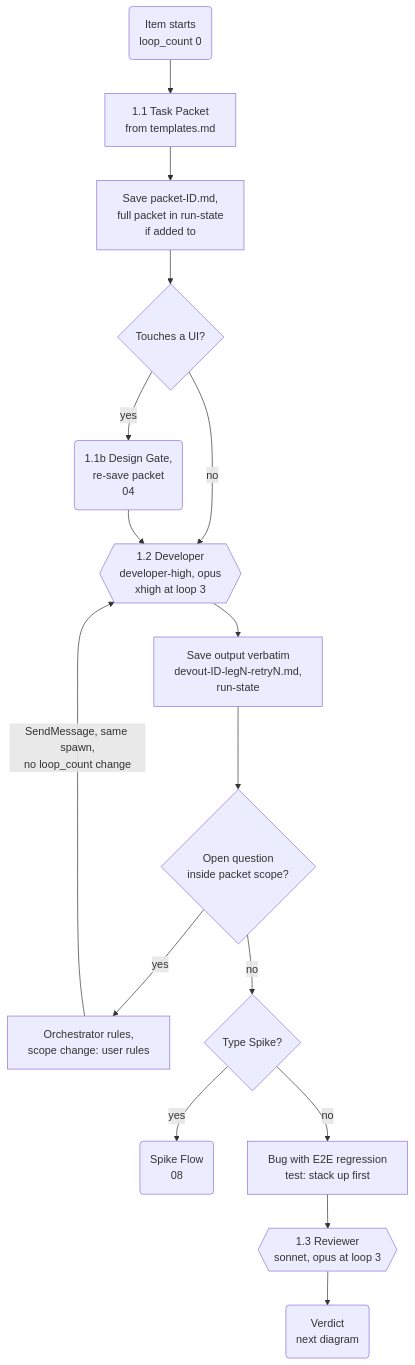
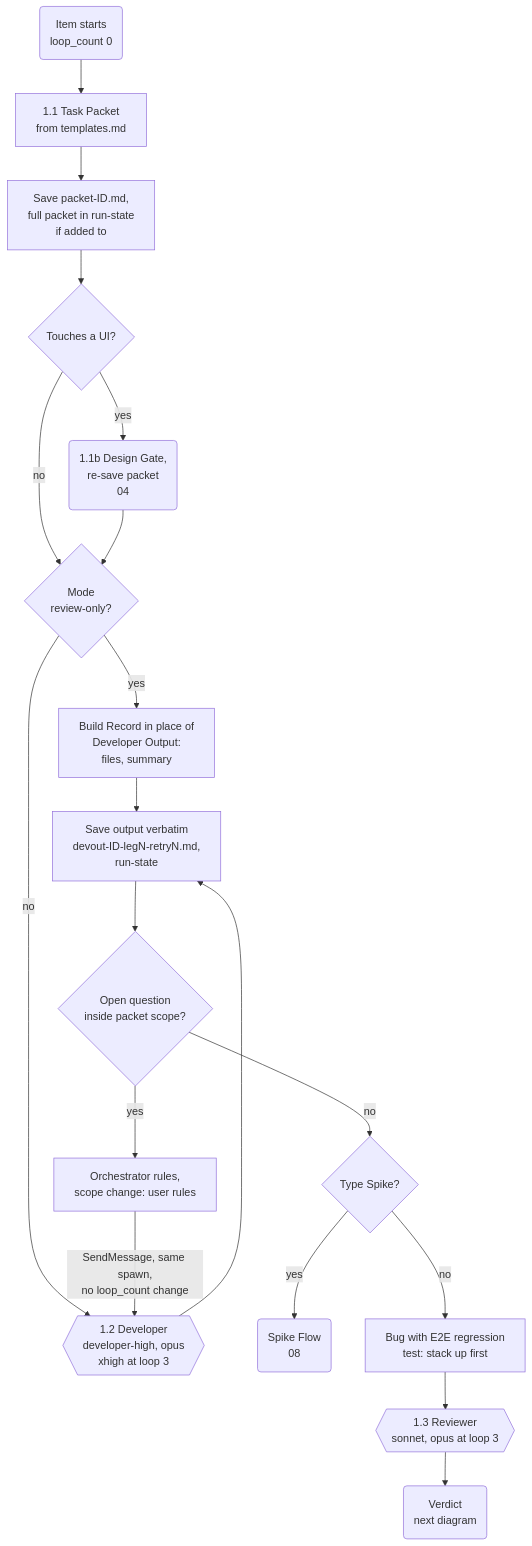
One commit to muhammedalikhan86/claude-stash changed the second of 4 diagrams in skills/plugin-orchestrator-development-pattern/mermaid/03-phase1-work-item-loop.md. Above: the diagram before and after it, drawn with Mermaid. The commit also changed other lines of this file and 32 other files, not shown here.

````diff
--- a/skills/plugin-orchestrator-development-pattern/mermaid/03-phase1-work-item-loop.md
+++ b/skills/plugin-orchestrator-development-pattern/mermaid/03-phase1-work-item-loop.md
@@ -25,18 +25,21 @@
 ```mermaid
 flowchart TD
     S0("Item starts<br/>loop_count 0") --> TP["1.1 Task Packet<br/>from templates.md"]
     TP --> SaveP["Save packet-ID.md,<br/>full packet in run-state<br/>if added to"]
     SaveP --> UIq{"Touches a UI?"}
     UIq -->|"yes"| DG("1.1b Design Gate,<br/>re-save packet<br/>04")
-    UIq -->|"no"| Dev
-    DG --> Dev{{"1.2 Developer<br/>developer-high, opus<br/>xhigh at loop 3"}}
+    UIq -->|"no"| RO
+    DG --> RO{"Mode<br/>review-only?"}
+    RO -->|"yes"| BR["Build Record in place of<br/>Developer Output:<br/>files, summary"]
+    BR --> Save
+    RO -->|"no"| Dev{{"1.2 Developer<br/>developer-high, opus<br/>xhigh at loop 3"}}
     Dev --> Save["Save output verbatim<br/>devout-ID-legN-retryN.md,<br/>run-state"]
     Save --> Q{"Open question<br/>inside packet scope?"}
     Q -->|"yes"| Rule["Orchestrator rules,<br/>scope change: user rules"]
     Rule -->|"SendMessage, same spawn,<br/>no loop_count change"| Dev
     Q -->|"no"| Sp{"Type Spike?"}
     Sp -->|"yes"| SpOut("Spike Flow<br/>08")
     Sp -->|"no"| Up["Bug with E2E regression<br/>test: stack up first"]
     Up --> Rev{{"1.3 Reviewer<br/>sonnet, opus at loop 3"}}
     Rev --> Out("Verdict<br/>next diagram")
 ```
````
